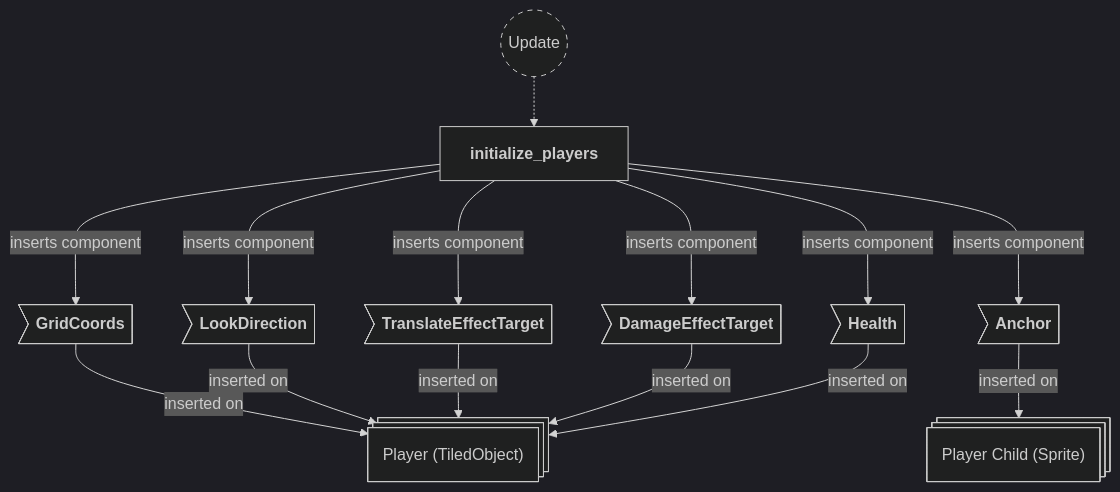
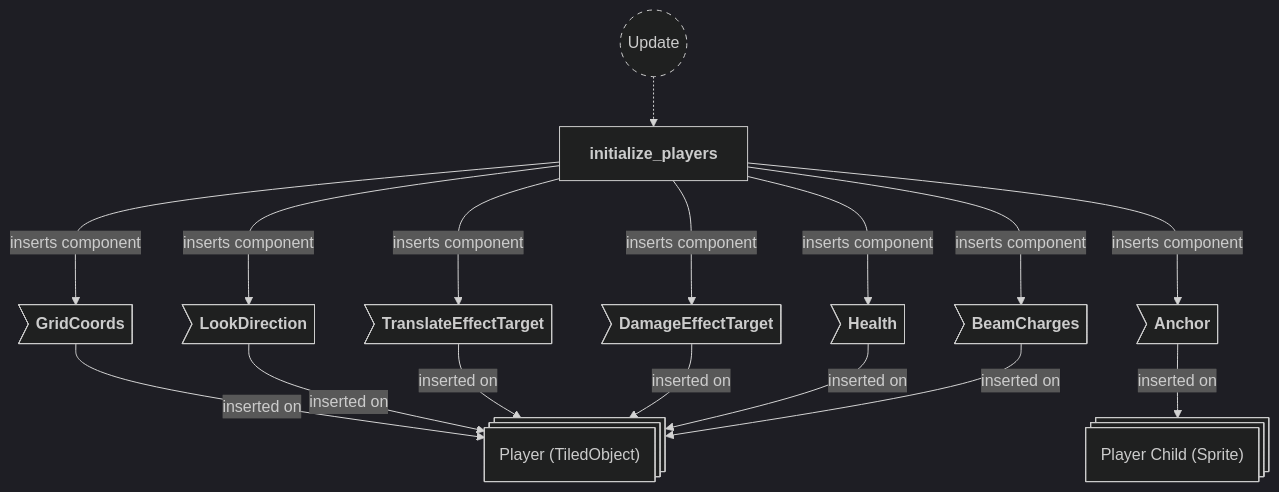
The seventh of 10 diagrams in backlog/docs/doc-3 - 001-Maps-plugin.md (neurosoup/tyled), drawn with Mermaid before and after one commit. The commit also changed other lines of this file and 6 other files, not shown here.

````diff
--- a/backlog/docs/doc-3 - 001-Maps-plugin.md
+++ b/backlog/docs/doc-3 - 001-Maps-plugin.md
@@ -292,38 +292,41 @@
 ```mermaid
 ---
 config:
   theme: dark
 ---
 
 flowchart TD
 classDef system-group stroke-dasharray: 5 5
 
 update(("`Update`")):::system-group
 initialize_players["`**initialize_players**`"]
 
 update -.-> initialize_players
 
 player_entity@{ shape: st-rect, label: "Player (TiledObject)" }
 child_entity@{ shape: st-rect, label: "Player Child (Sprite)" }
 
 pe_grid_coords>"`**GridCoords**`"]
 pe_look_direction>"`**LookDirection**`"]
 pe_translate_effect>"`**TranslateEffectTarget**`"]
 pe_damage_effect>"`**DamageEffectTarget**`"]
 pe_health>"`**Health**`"]
+pe_beam_charges>"`**BeamCharges**`"]
 ce_anchor>"`**Anchor**`"]
 
 pe_grid_coords --> |inserted on| player_entity
 pe_look_direction --> |inserted on| player_entity
 pe_translate_effect --> |inserted on| player_entity
 pe_damage_effect --> |inserted on| player_entity
 pe_health --> |inserted on| player_entity
+pe_beam_charges --> |inserted on| player_entity
 ce_anchor --> |inserted on| child_entity
 
 initialize_players ---> |inserts component| pe_grid_coords
 initialize_players ---> |inserts component| pe_look_direction
 initialize_players ---> |inserts component| pe_translate_effect
 initialize_players ---> |inserts component| pe_damage_effect
 initialize_players ---> |inserts component| pe_health
+initialize_players ---> |inserts component| pe_beam_charges
 initialize_players ---> |inserts component| ce_anchor
 ```
````
